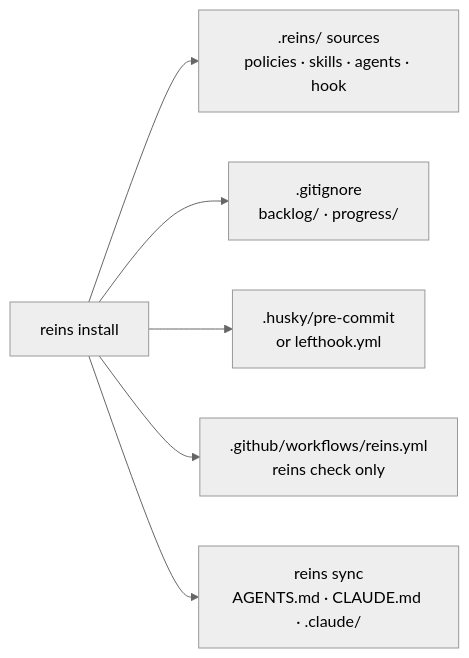
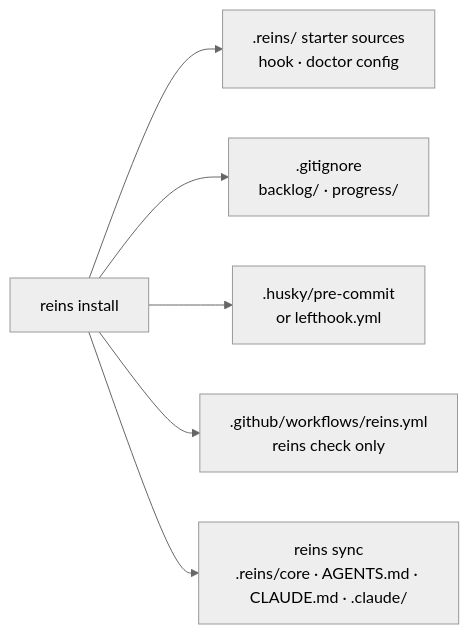
Diagram 18 of 19 in README.md (fredarcito/reins), drawn with Mermaid (neutral theme) before and after one commit. The commit also changed other lines of this file and 78 other files, not shown here.

````diff
--- a/README.md
+++ b/README.md
@@ -768,8 +773,8 @@
 ```mermaid
 flowchart LR
-    install["reins install"] --> src[".reins/ sources<br/>policies · skills · agents · hook"]
+    install["reins install"] --> src[".reins/ starter sources<br/>hook · doctor config"]
     install --> gi[".gitignore<br/>backlog/ · progress/"]
     install --> hook[".husky/pre-commit<br/>or lefthook.yml"]
     install --> wf[".github/workflows/reins.yml<br/>reins check only"]
-    install --> sync["reins sync<br/>AGENTS.md · CLAUDE.md · .claude/"]
+    install --> sync["reins sync<br/>.reins/core · AGENTS.md · CLAUDE.md · .claude/"]
 ```
````
